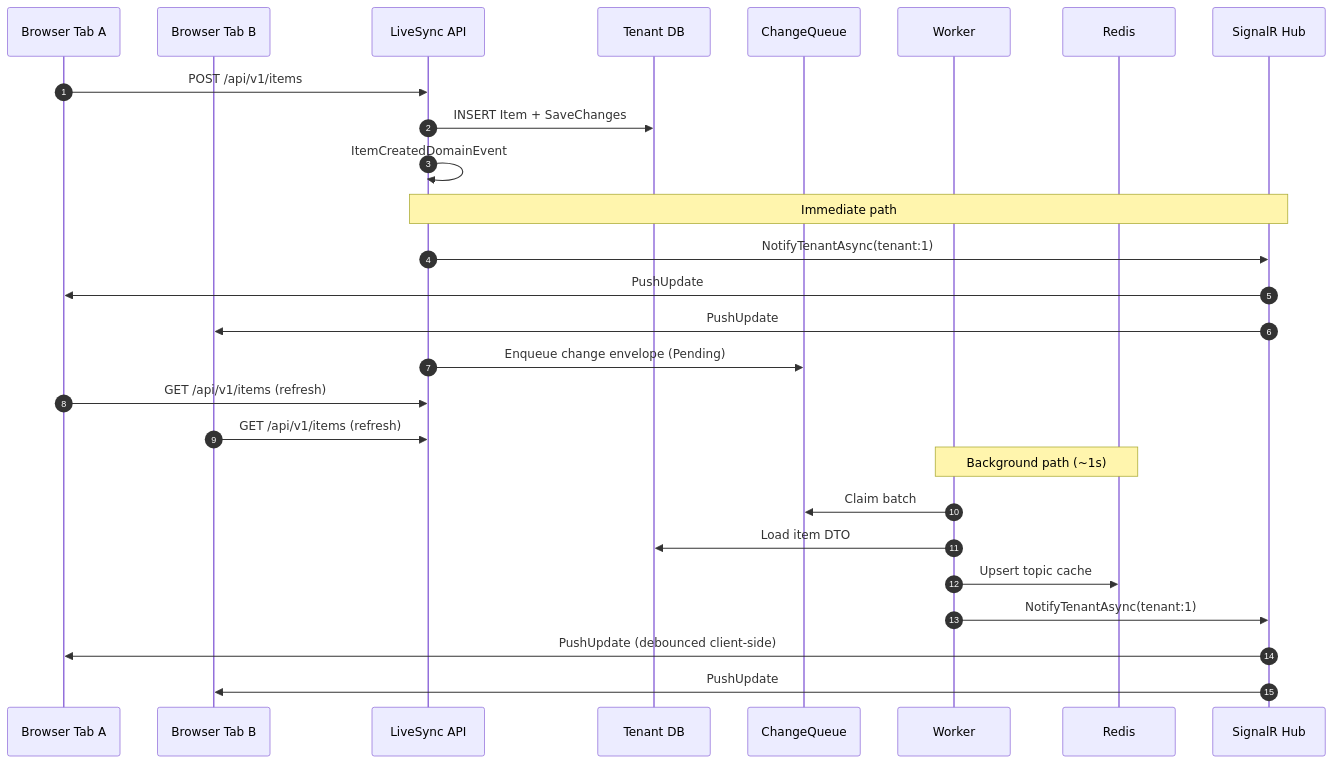
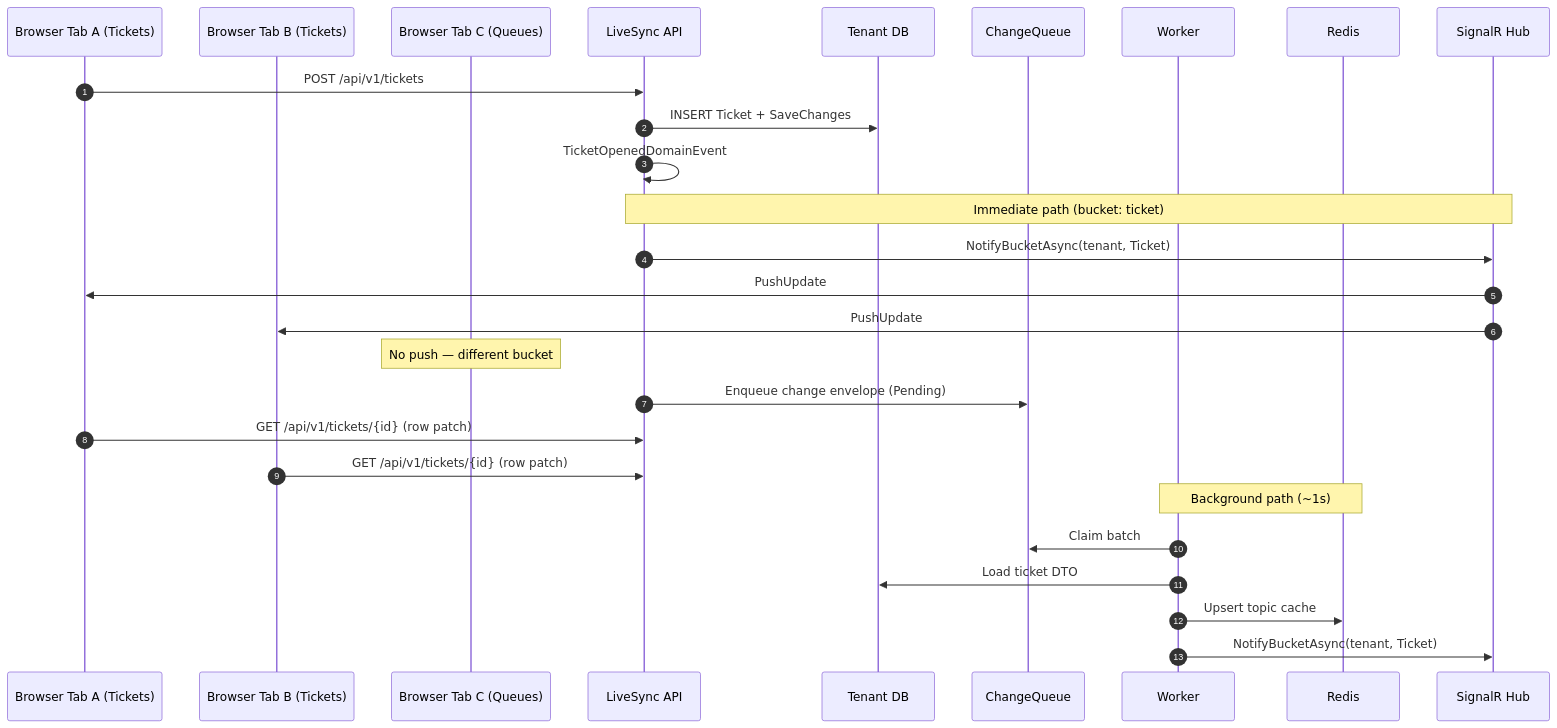
One commit to ismayilov449/LiveSync changed the diagram in LiveSync.PushPlatform/docs/real-time-sync.md. Above: the diagram before and after it, drawn with Mermaid. The commit also changed other lines of this file and 215 other files, not shown here.

````diff
--- a/LiveSync.PushPlatform/docs/real-time-sync.md
+++ b/LiveSync.PushPlatform/docs/real-time-sync.md
@@ -30,31 +30,31 @@
 ```mermaid
 sequenceDiagram
     autonumber
-    participant TabA as Browser Tab A
-    participant TabB as Browser Tab B
+    participant TabA as Browser Tab A (Tickets)
+    participant TabB as Browser Tab B (Tickets)
+    participant TabC as Browser Tab C (Queues)
     participant API as LiveSync API
     participant DB as Tenant DB
     participant Q as ChangeQueue
     participant W as Worker
     participant Redis as Redis
     participant Hub as SignalR Hub
 
-    TabA->>API: POST /api/v1/items
-    API->>DB: INSERT Item + SaveChanges
-    API->>API: ItemCreatedDomainEvent
-  Note over API,Hub: Immediate path
-    API->>Hub: NotifyTenantAsync(tenant:1)
+    TabA->>API: POST /api/v1/tickets
+    API->>DB: INSERT Ticket + SaveChanges
+    API->>API: TicketOpenedDomainEvent
+    Note over API,Hub: Immediate path (bucket: ticket)
+    API->>Hub: NotifyBucketAsync(tenant, Ticket)
     Hub->>TabA: PushUpdate
     Hub->>TabB: PushUpdate
+    Note over TabC: No push — different bucket
     API->>Q: Enqueue change envelope (Pending)
-    TabA->>API: GET /api/v1/items (refresh)
-    TabB->>API: GET /api/v1/items (refresh)
+    TabA->>API: GET /api/v1/tickets/{id} (row patch)
+    TabB->>API: GET /api/v1/tickets/{id} (row patch)
 
-  Note over W,Redis: Background path (~1s)
+    Note over W,Redis: Background path (~1s)
     W->>Q: Claim batch
-    W->>DB: Load item DTO
+    W->>DB: Load ticket DTO
     W->>Redis: Upsert topic cache
-    W->>Hub: NotifyTenantAsync(tenant:1)
-    Hub->>TabA: PushUpdate (debounced client-side)
-    Hub->>TabB: PushUpdate
+    W->>Hub: NotifyBucketAsync(tenant, Ticket)
 ```
````
